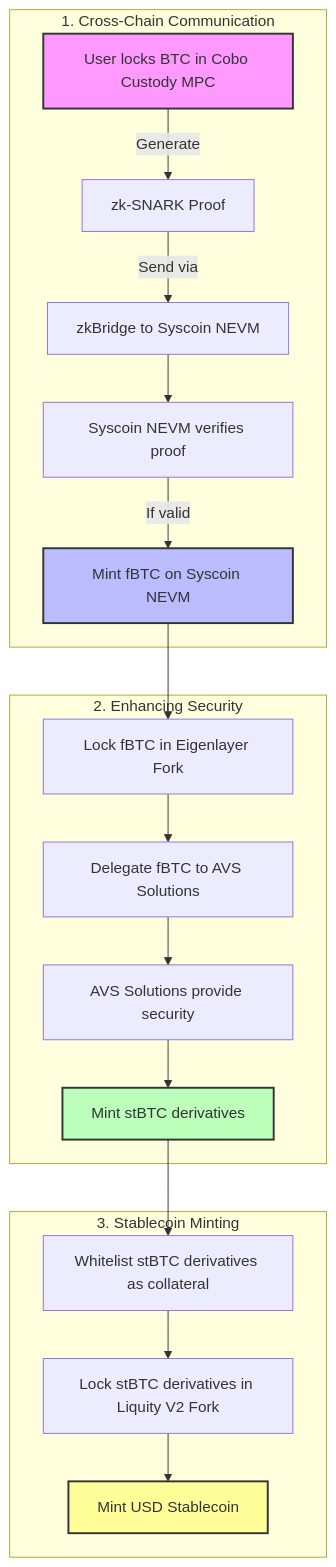
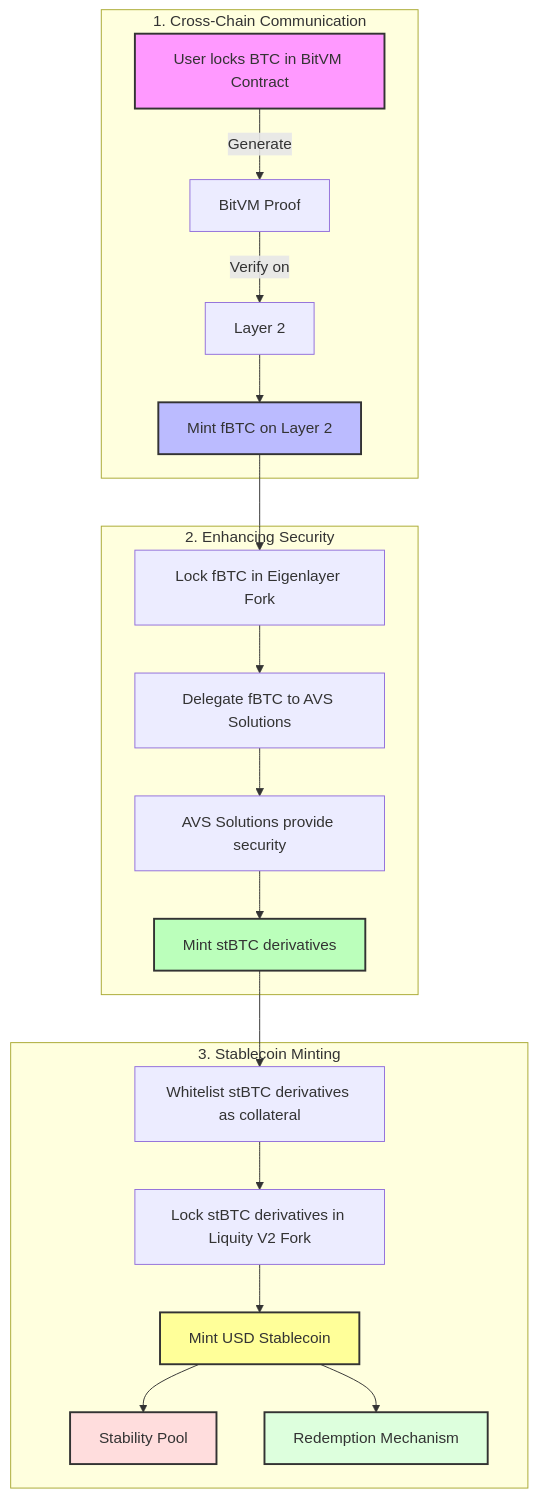
Before and after one commit to jaskanwarsingh/BTCBackedStablecoin: the diagram in README.md, drawn with Mermaid. The commit also changed other lines of this file, not shown here.

````diff
--- a/README.md
+++ b/README.md
@@ -61,41 +169,44 @@
 ```mermaid
 graph TD
-    A[User locks BTC in Cobo Custody MPC] -->|Generate| B[zk-SNARK Proof]
-    B -->|Send via| C[zkBridge to Syscoin NEVM]
-    C --> D[Syscoin NEVM verifies proof]
-    D -->|If valid| E[Mint fBTC on Syscoin NEVM]
-    E --> F[Lock fBTC in Eigenlayer Fork]
-    F --> G[Delegate fBTC to AVS Solutions]
-    G --> H[AVS Solutions provide security]
-    H --> I[Mint stBTC derivatives]
-    I --> J[Whitelist stBTC derivatives as collateral]
-    J --> K[Lock stBTC derivatives in Liquity V2 Fork]
-    K --> L[Mint USD Stablecoin]
+    A[User locks BTC in BitVM Contract] -->|Generate| B[BitVM Proof]
+    B -->|Verify on| C[Layer 2]
+    C --> D[Mint fBTC on Layer 2]
+    D --> E[Lock fBTC in Eigenlayer Fork]
+    E --> F[Delegate fBTC to AVS Solutions]
+    F --> G[AVS Solutions provide security]
+    G --> H[Mint stBTC derivatives]
+    H --> I[Whitelist stBTC derivatives as collateral]
+    I --> J[Lock stBTC derivatives in Liquity V2 Fork]
+    J --> K[Mint USD Stablecoin]
+    K --> L[Stability Pool]
+    K --> M[Redemption Mechanism]
 
     subgraph "1. Cross-Chain Communication"
         A
         B
         C
         D
-        E
     end
 
     subgraph "2. Enhancing Security"
+        E
         F
         G
         H
-        I
     end
 
     subgraph "3. Stablecoin Minting"
+        I
         J
         K
         L
+        M
     end
 
     style A fill:#f9f,stroke:#333,stroke-width:2px
-    style E fill:#bbf,stroke:#333,stroke-width:2px
-    style I fill:#bfb,stroke:#333,stroke-width:2px
-    style L fill:#ff9,stroke:#333,stroke-width:2px
-
+    style D fill:#bbf,stroke:#333,stroke-width:2px
+    style H fill:#bfb,stroke:#333,stroke-width:2px
+    style K fill:#ff9,stroke:#333,stroke-width:2px
+    style L fill:#fdd,stroke:#333,stroke-width:2px
+    style M fill:#dfd,stroke:#333,stroke-width:2px
 ```
````
